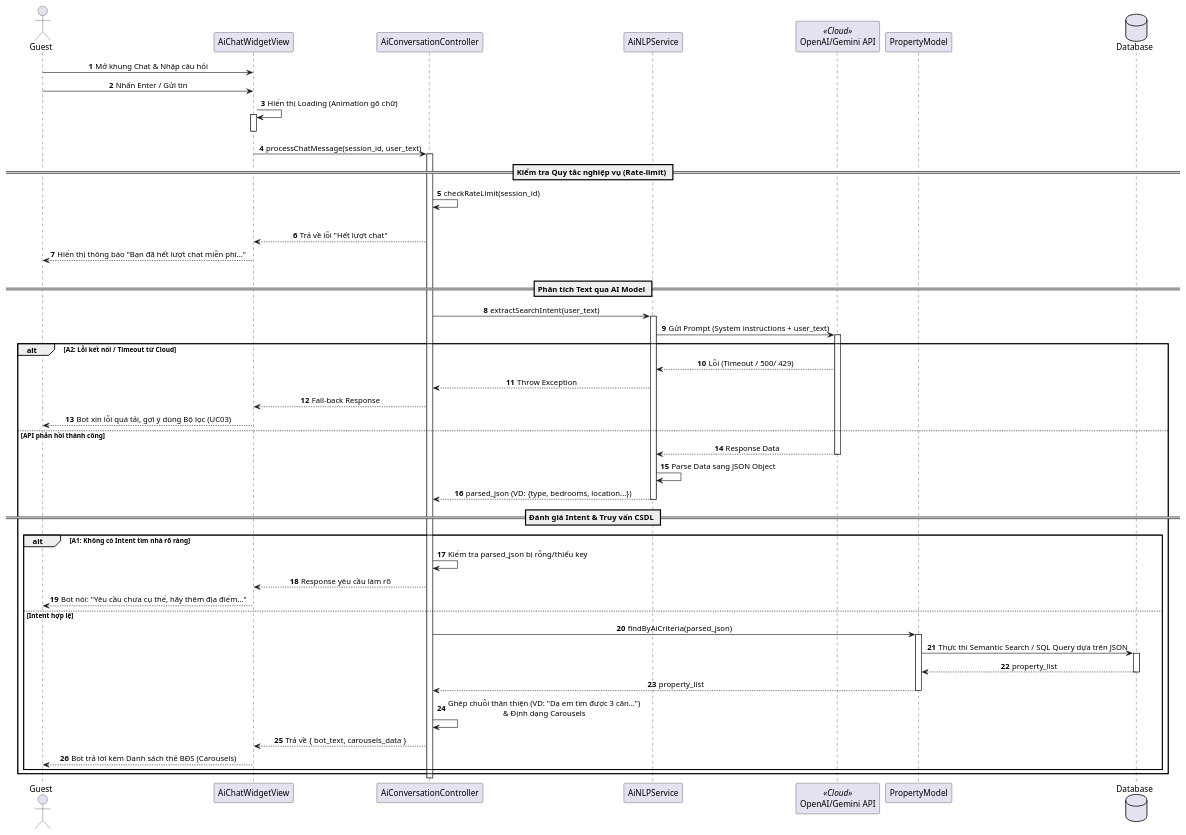
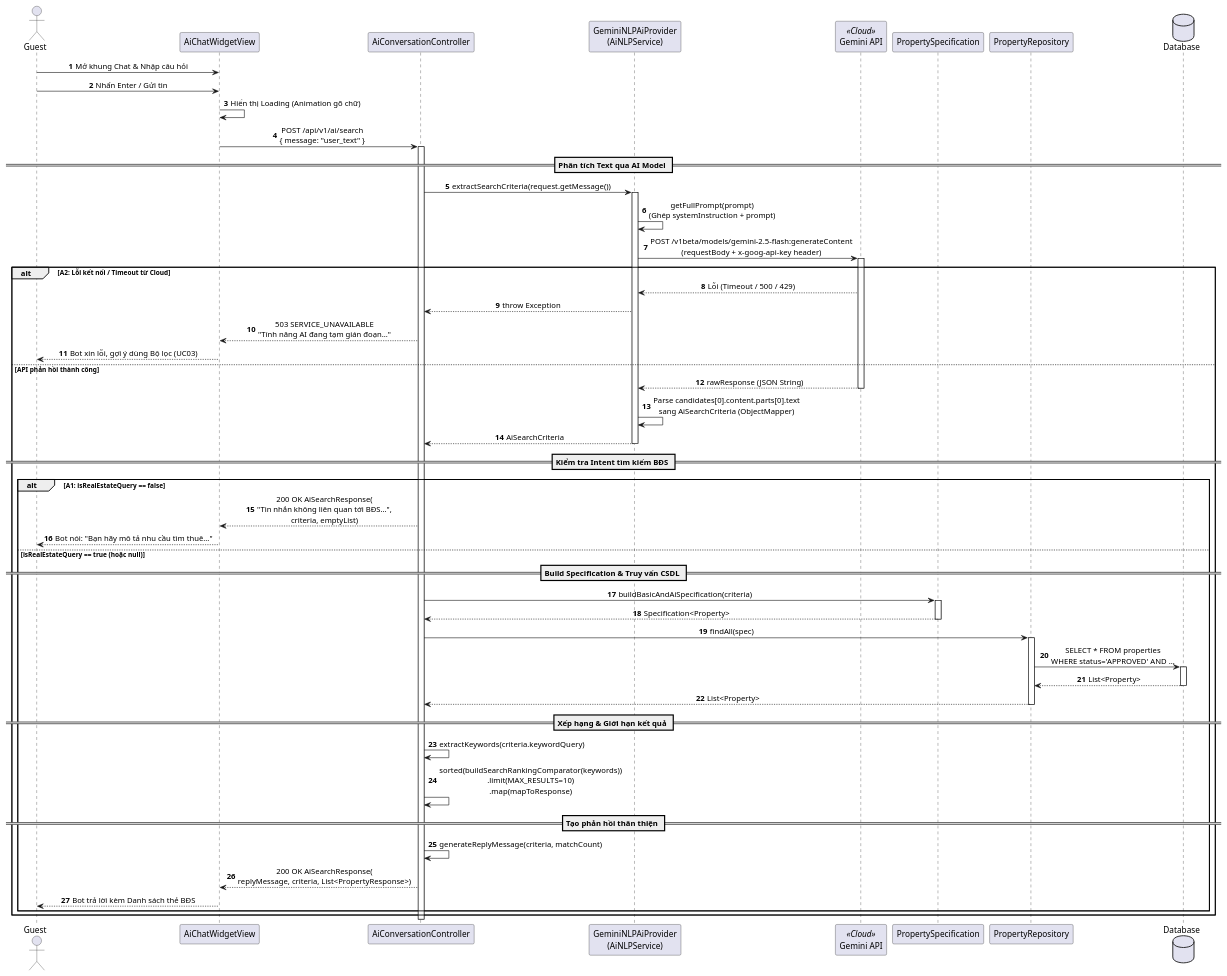
One commit to chishiya2309/LeaseLink-Backend changed the diagram in src/main/java/vn/hcmute/edu/lequanghung_nguyenthaibao/backend/uml/UC04/SequenceDiagramUC4.puml. Above: the diagram before and after it, drawn with PlantUML. The commit also changed 3 other files, not shown here.

Commit message:
Điều chỉnh uml của UC04

```diff
--- a/src/main/java/vn/hcmute/edu/lequanghung_nguyenthaibao/backend/uml/UC04/SequenceDiagramUC4.puml
+++ b/src/main/java/vn/hcmute/edu/lequanghung_nguyenthaibao/backend/uml/UC04/SequenceDiagramUC4.puml
@@ -1,70 +1,74 @@
 @startuml
 autonumber
 skinparam SequenceMessageAlign center
 
 actor "Guest" as User
 participant "AiChatWidgetView" as View
 participant "AiConversationController" as Ctrl
-participant "AiNLPService" as NLP
-participant "OpenAI/Gemini API" as API <<Cloud>>
-participant "PropertyModel" as Model
+participant "GeminiNLPAiProvider\n(AiNLPService)" as NLP
+participant "Gemini API" as API <<Cloud>>
+participant "PropertySpecification" as Spec
+participant "PropertyRepository" as Repo
 database "Database" as DB
 
 User -> View: Mở khung Chat & Nhập câu hỏi
 User -> View: Nhấn Enter / Gửi tin
 
 View -> View: Hiển thị Loading (Animation gõ chữ)
-activate View
-deactivate View
 
-View -> Ctrl: processChatMessage(session_id, user_text)
+View -> Ctrl: POST /api/v1/ai/search\n{ message: "user_text" }
 activate Ctrl
 
-== Kiểm tra Quy tắc nghiệp vụ (Rate-limit) ==
-Ctrl -> Ctrl: checkRateLimit(session_id)
-alt Vượt quá 5 lượt/session
-    Ctrl --> View: Trả về lỗi "Hết lượt chat"
-    View --> User: Hiển thị thông báo "Bạn đã hết lượt chat miễn phí..."
-else Số lượt hợp lệ
+== Phân tích Text qua AI Model ==
+Ctrl -> NLP: extractSearchCriteria(request.getMessage())
+activate NLP
+NLP -> NLP: getFullPrompt(prompt)\n(Ghép systemInstruction + prompt)
+NLP -> API: POST /v1beta/models/gemini-2.5-flash:generateContent\n(requestBody + x-goog-api-key header)
+activate API
 
-    == Phân tích Text qua AI Model ==
-    Ctrl -> NLP: extractSearchIntent(user_text)
-    activate NLP
-    NLP -> API: Gửi Prompt (System instructions + user_text)
-    activate API
+alt A2: Lỗi kết nối / Timeout từ Cloud
+    API --> NLP: Lỗi (Timeout / 500 / 429)
+    NLP --> Ctrl: throw Exception
+    Ctrl --> View: 503 SERVICE_UNAVAILABLE\n"Tính năng AI đang tạm gián đoạn..."
+    View --> User: Bot xin lỗi, gợi ý dùng Bộ lọc (UC03)
+else API phản hồi thành công
+    API --> NLP: rawResponse (JSON String)
+    deactivate API
+    NLP -> NLP: Parse candidates[0].content.parts[0].text\nsang AiSearchCriteria (ObjectMapper)
+    NLP --> Ctrl: AiSearchCriteria
+deactivate NLP
 
-    alt A2: Lỗi kết nối / Timeout từ Cloud
-        API --> NLP: Lỗi (Timeout / 500/ 429)
-        NLP --> Ctrl: Throw Exception
-        Ctrl --> View: Fall-back Response
-        View --> User: Bot xin lỗi quá tải, gợi ý dùng Bộ lọc (UC03)
-    else API phản hồi thành công
-        API --> NLP: Response Data
-        deactivate API
-        NLP -> NLP: Parse Data sang JSON Object
-        NLP --> Ctrl: parsed_json (VD: {type, bedrooms, location...})
-    deactivate NLP
+== Kiểm tra Intent tìm kiếm BĐS ==
+alt A1: isRealEstateQuery == false
+    Ctrl --> View: 200 OK AiSearchResponse(\n"Tin nhắn không liên quan tới BĐS...",\ncriteria, emptyList)
+    View --> User: Bot nói: "Bạn hãy mô tả nhu cầu tìm thuê..."
+else isRealEstateQuery == true (hoặc null)
 
-    == Đánh giá Intent & Truy vấn CSDL ==
-    alt A1: Không có Intent tìm nhà rõ ràng
-        Ctrl -> Ctrl: Kiểm tra parsed_json bị rỗng/thiếu key
-        Ctrl --> View: Response yêu cầu làm rõ
-        View --> User: Bot nói: "Yêu cầu chưa cụ thể, hãy thêm địa điểm..."
-    else Intent hợp lệ
-        Ctrl -> Model: findByAiCriteria(parsed_json)
-        activate Model
-        Model -> DB: Thực thi Semantic Search / SQL Query dựa trên JSON
-        activate DB
-        DB --> Model: property_list
-        deactivate DB
-        Model --> Ctrl: property_list
-        deactivate Model
+    == Build Specification & Truy vấn CSDL ==
+    Ctrl -> Spec: buildBasicAndAiSpecification(criteria)
+    activate Spec
+    Spec --> Ctrl: Specification<Property>
+    deactivate Spec
 
-        Ctrl -> Ctrl: Ghép chuỗi thân thiện (VD: "Dạ em tìm được 3 căn...")\n& Định dạng Carousels
-        Ctrl --> View: Trả về { bot_text, carousels_data }
-        View --> User: Bot trả lời kèm Danh sách thẻ BĐS (Carousels)
-    end
+    Ctrl -> Repo: findAll(spec)
+    activate Repo
+    Repo -> DB: SELECT * FROM properties\nWHERE status='APPROVED' AND ...
+    activate DB
+    DB --> Repo: List<Property>
+    deactivate DB
+    Repo --> Ctrl: List<Property>
+    deactivate Repo
+
+    == Xếp hạng & Giới hạn kết quả ==
+    Ctrl -> Ctrl: extractKeywords(criteria.keywordQuery)
+    Ctrl -> Ctrl: sorted(buildSearchRankingComparator(keywords))\n.limit(MAX_RESULTS=10)\n.map(mapToResponse)
+
+    == Tạo phản hồi thân thiện ==
+    Ctrl -> Ctrl: generateReplyMessage(criteria, matchCount)
+    Ctrl --> View: 200 OK AiSearchResponse(\nreplyMessage, criteria, List<PropertyResponse>)
+    View --> User: Bot trả lời kèm Danh sách thẻ BĐS
+end
 end
 
 deactivate Ctrl
 @enduml
```
